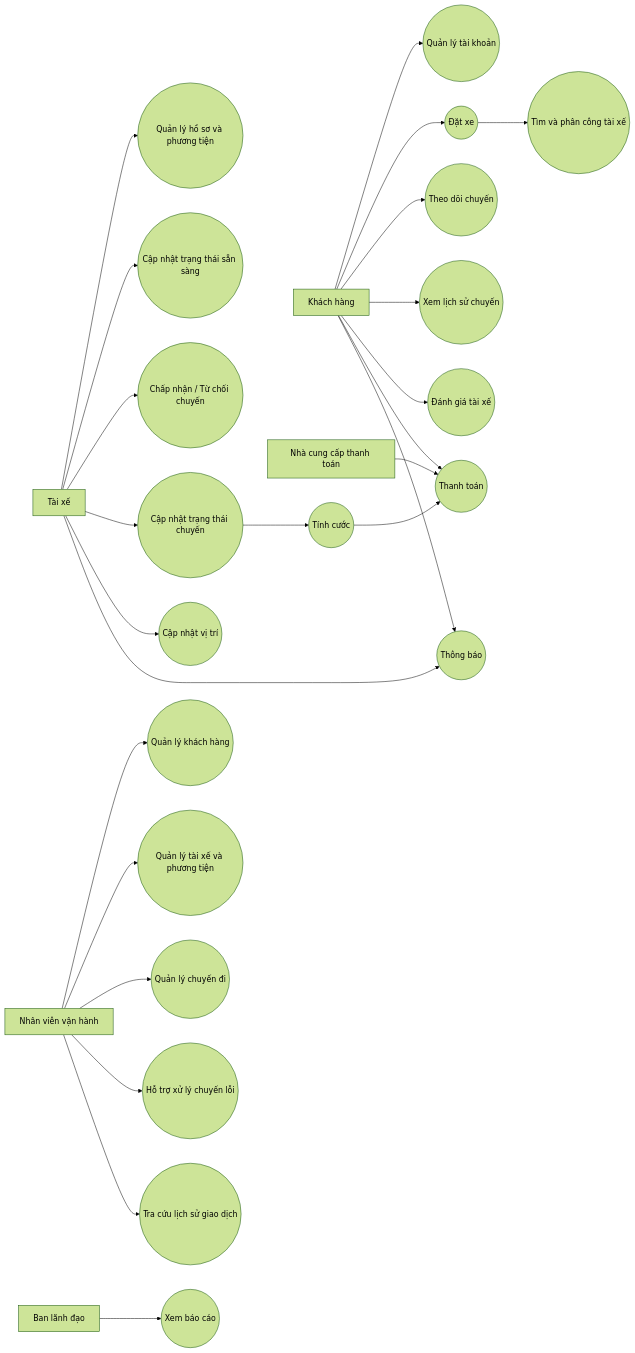
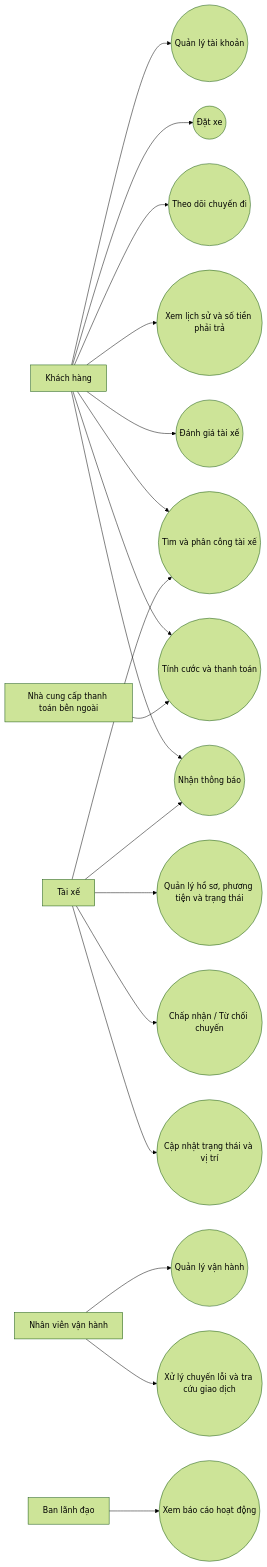
One commit to ngoclinh090608-wq/23707801_Nguyen-Thi-Ngoc-Linh_CABSYSTEM changed the fifth of 5 diagrams in srs.md. Above: the diagram before and after it, drawn with Mermaid (forest theme). The commit also changed other lines of this file, not shown here.

````diff
--- a/srs.md
+++ b/srs.md
@@ -346,61 +324,48 @@
 ```mermaid
 flowchart LR
     KH[Khách hàng]
     TX[Tài xế]
     NV[Nhân viên vận hành]
     LD[Ban lãnh đạo]
-    PAY[Nhà cung cấp thanh toán]
+    PAY[Nhà cung cấp thanh toán bên ngoài]
 
     UC01((Quản lý tài khoản))
     UC02((Đặt xe))
-    UC03((Theo dõi chuyến))
-    UC04((Xem lịch sử chuyến))
+    UC03((Theo dõi chuyến đi))
+    UC04((Xem lịch sử và số tiền phải trả))
     UC05((Đánh giá tài xế))
 
-    UC06((Quản lý hồ sơ và phương tiện))
-    UC07((Cập nhật trạng thái sẵn sàng))
-    UC08((Chấp nhận / Từ chối chuyến))
-    UC09((Cập nhật trạng thái chuyến))
-    UC10((Cập nhật vị trí))
+    UC06((Quản lý hồ sơ, phương tiện và trạng thái))
+    UC07((Chấp nhận / Từ chối chuyến))
+    UC08((Cập nhật trạng thái và vị trí))
 
-    UC11((Tìm và phân công tài xế))
-    UC12((Tính cước))
-    UC13((Thanh toán))
-    UC14((Thông báo))
+    UC09((Tìm và phân công tài xế))
+    UC10((Tính cước và thanh toán))
+    UC11((Nhận thông báo))
 
-    UC15((Quản lý khách hàng))
-    UC16((Quản lý tài xế và phương tiện))
-    UC17((Quản lý chuyến đi))
-    UC18((Hỗ trợ xử lý chuyến lỗi))
-    UC19((Tra cứu lịch sử giao dịch))
-    UC20((Xem báo cáo))
+    UC12((Quản lý vận hành))
+    UC13((Xử lý chuyến lỗi và tra cứu giao dịch))
+    UC14((Xem báo cáo hoạt động))
 
     KH --> UC01
     KH --> UC02
     KH --> UC03
     KH --> UC04
     KH --> UC05
-    KH --> UC13
-    KH --> UC14
+    KH --> UC09
+    KH --> UC10
+    KH --> UC11
 
     TX --> UC06
     TX --> UC07
     TX --> UC08
     TX --> UC09
-    TX --> UC10
-    TX --> UC14
+    TX --> UC11
 
-    UC02 --> UC11
-    UC09 --> UC12
-    UC12 --> UC13
+    PAY --> UC10
 
-    PAY --> UC13
+    NV --> UC12
+    NV --> UC13
 
-    NV --> UC15
-    NV --> UC16
-    NV --> UC17
-    NV --> UC18
-    NV --> UC19
-
-    LD --> UC20
+    LD --> UC14
 ```
````
